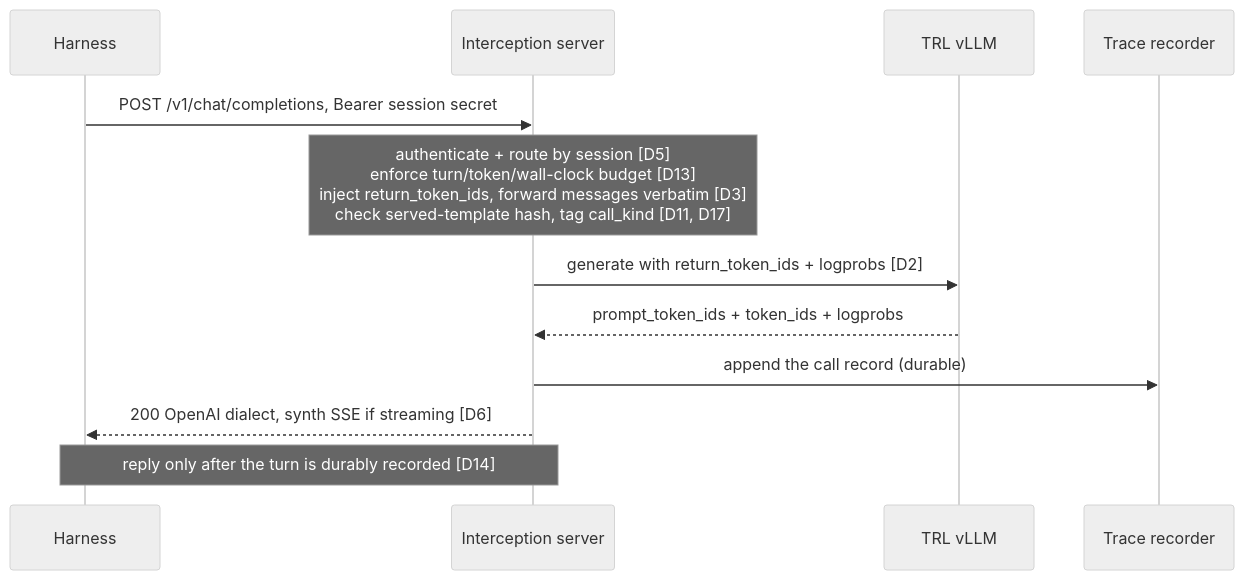
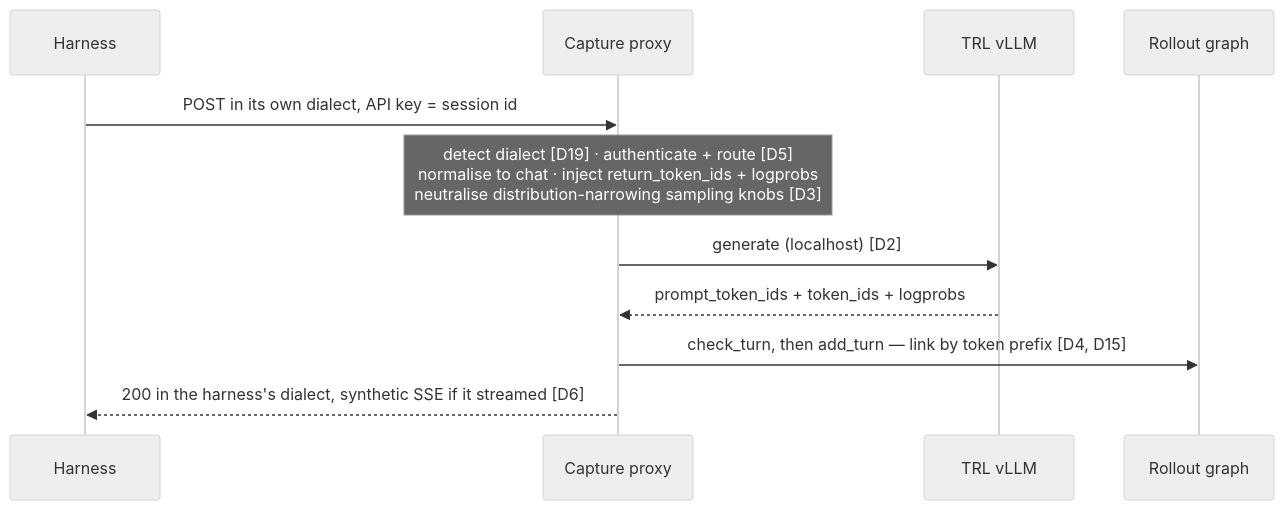
Before and after one commit to meta-pytorch/OpenEnv: the third of 3 diagrams in rfcs/006-agentic-rl-harness-interception.md, drawn with Mermaid (neutral theme). The commit also changed other lines of this file and 1 other file, not shown here.

Commit message:
docs(rfc-006): rescope against the Harbor capture layer (#1036)

````diff
--- a/rfcs/006-agentic-rl-harness-interception.md
+++ b/rfcs/006-agentic-rl-harness-interception.md
@@ -291,14 +361,13 @@
 ```mermaid
 sequenceDiagram
     participant H as Harness
-    participant S as Interception server
+    participant S as Capture proxy
     participant V as TRL vLLM
-    participant R as Trace recorder
-    H->>S: POST /v1/chat/completions, Bearer session secret
-    Note over S: authenticate + route by session [D5]<br/>enforce turn/token/wall-clock budget [D13]<br/>inject return_token_ids, forward messages verbatim [D3]<br/>check served-template hash, tag call_kind [D11, D17]
-    S->>V: generate with return_token_ids + logprobs [D2]
+    participant G as Rollout graph
+    H->>S: POST in its own dialect, API key = session id
+    Note over S: detect dialect [D19] · authenticate + route [D5]<br/>normalise to chat · inject return_token_ids + logprobs<br/>neutralise distribution-narrowing sampling knobs [D3]
+    S->>V: generate (localhost) [D2]
     V-->>S: prompt_token_ids + token_ids + logprobs
-    S->>R: append the call record (durable)
-    S-->>H: 200 OpenAI dialect, synth SSE if streaming [D6]
-    Note over H,S: reply only after the turn is durably recorded [D14]
+    S->>G: check_turn, then add_turn — link by token prefix [D4, D15]
+    S-->>H: 200 in the harness's dialect, synthetic SSE if it streamed [D6]
 ```
````
